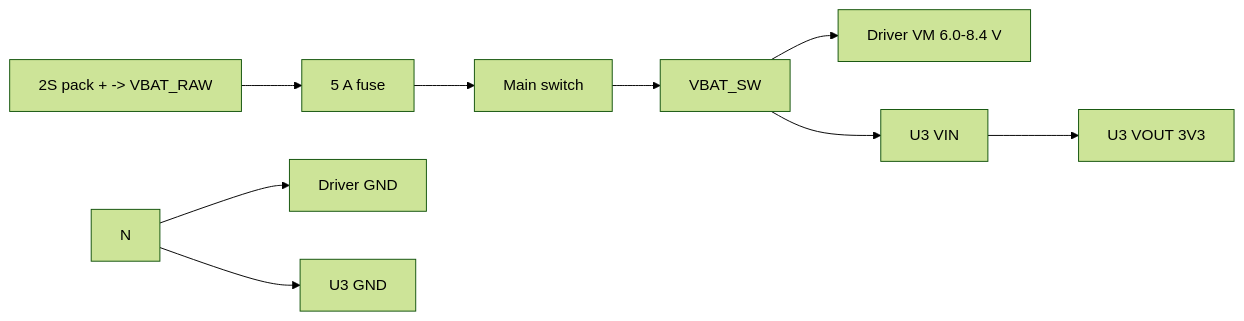
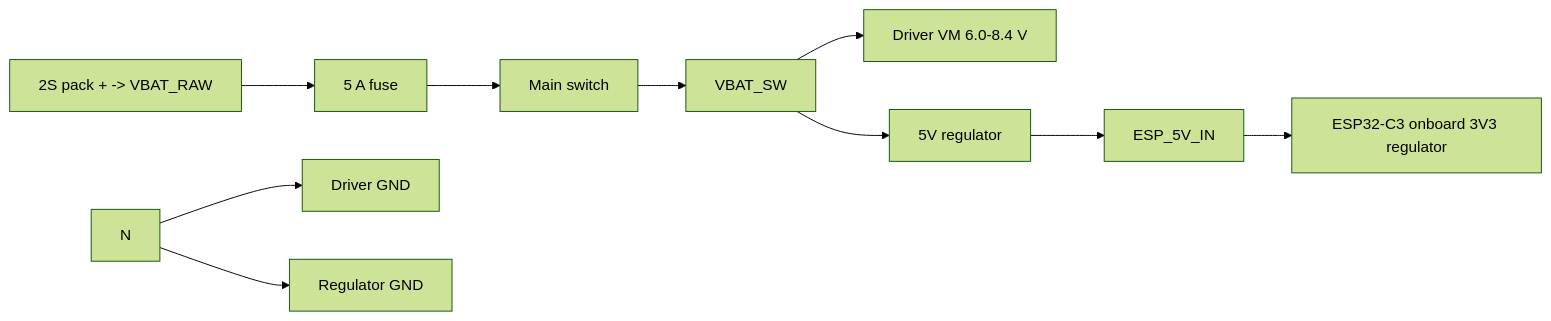
Before and after one commit to Hackerspace-drenthe/www.roboktober.nl: the diagram in electronics/wiring/antweight-controller-v2-2s.md, drawn with Mermaid (forest theme). The commit also changed other lines of this file and 208 other files, not shown here.

Commit message:
Align Wallie design notes with 1S default power architecture

````diff
--- a/electronics/wiring/antweight-controller-v2-2s.md
+++ b/electronics/wiring/antweight-controller-v2-2s.md
@@ -28,11 +29,12 @@
 ```mermaid
 flowchart LR
     P[2S pack + -> VBAT_RAW] --> F[5 A fuse]
     F --> S[Main switch]
     S --> VB[VBAT_SW]
     VB --> VM[Driver VM 6.0-8.4 V]
-    VB --> U[U3 VIN]
-    U --> V3[U3 VOUT 3V3]
+    VB --> REG[5V regulator]
+    REG --> ESP5V[ESP_5V_IN]
+    ESP5V --> ESP[ESP32-C3 onboard 3V3 regulator]
     N --> DG[Driver GND]
-    N --> UG[U3 GND]
+    N --> UG[Regulator GND]
 ```
````
